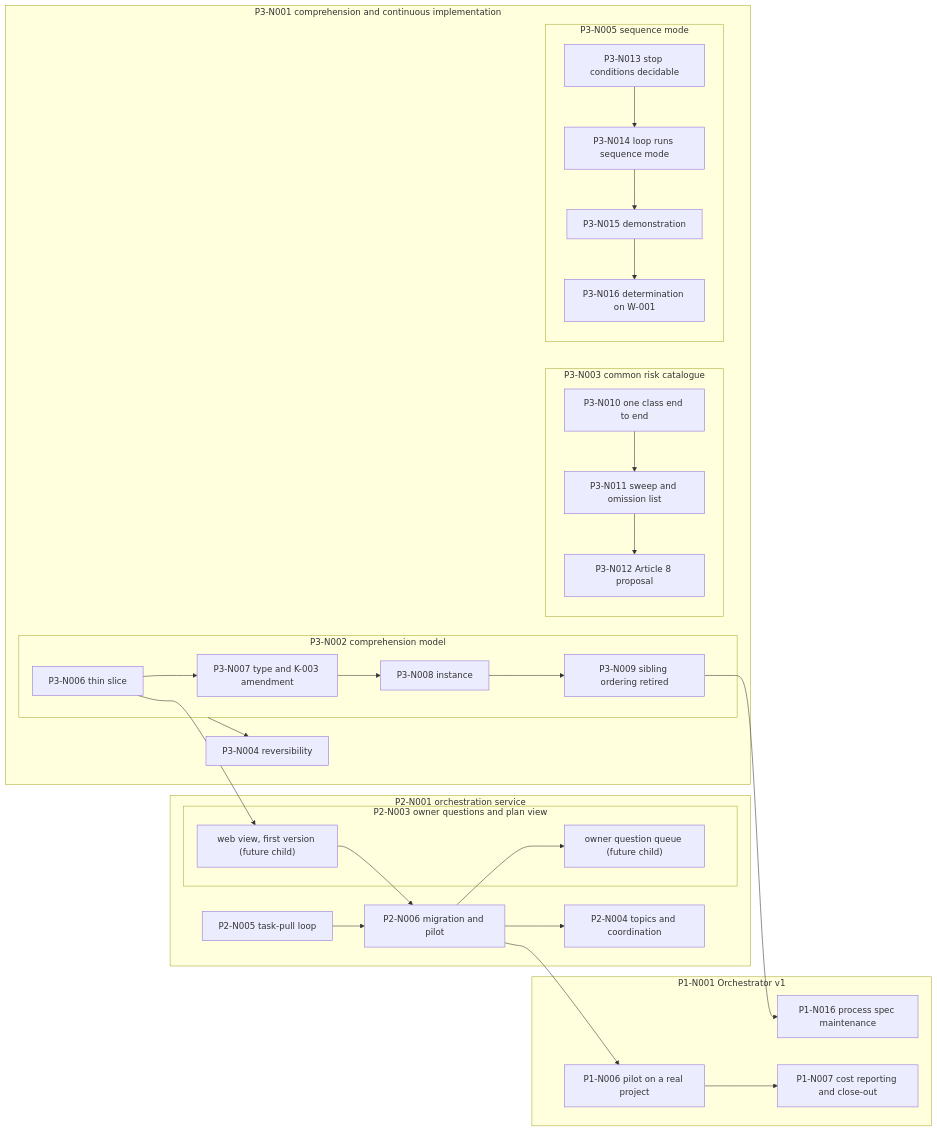
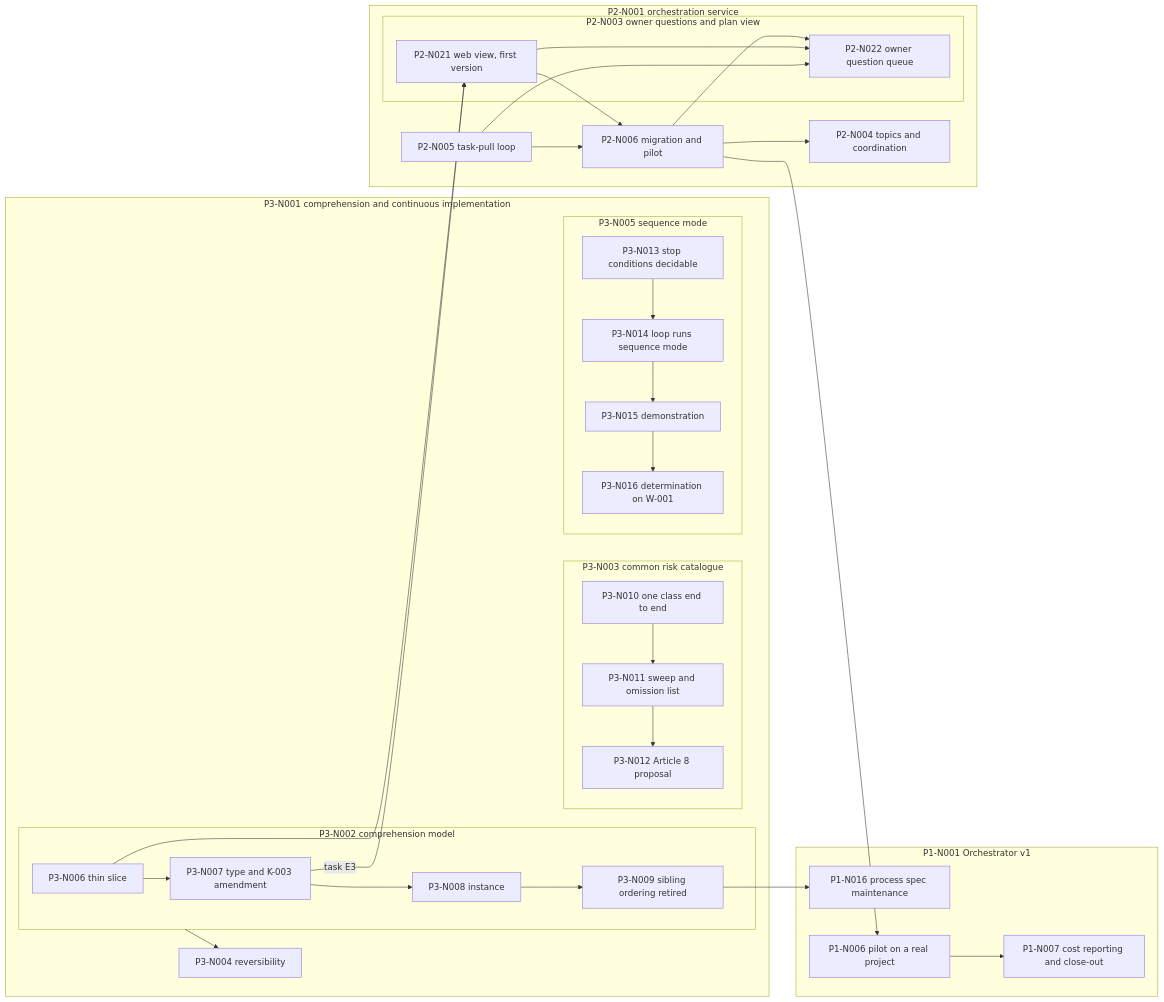
One commit to majodali/project-orchestrator changed the diagram in docs/plan.md. Above: the diagram before and after it, drawn with Mermaid. The commit also changed other lines of this file and 8 other files, not shown here.

````diff
--- a/docs/plan.md
+++ b/docs/plan.md
@@ -461,49 +477,52 @@
 ```mermaid
 graph LR
   subgraph P1N001["P1-N001 Orchestrator v1"]
     P1N016["P1-N016 process spec maintenance"]
     P1N006["P1-N006 pilot on a real project"]
     P1N007["P1-N007 cost reporting and close-out"]
   end
   subgraph P2N001["P2-N001 orchestration service"]
     subgraph P2N003["P2-N003 owner questions and plan view"]
-      P2N003V["web view, first version (future child)"]
-      P2N003Q["owner question queue (future child)"]
+      P2N021["P2-N021 web view, first version"]
+      P2N022["P2-N022 owner question queue"]
     end
     P2N004["P2-N004 topics and coordination"]
     P2N005["P2-N005 task-pull loop"]
     P2N006["P2-N006 migration and pilot"]
   end
   subgraph P3N001["P3-N001 comprehension and continuous implementation"]
     subgraph P3N002["P3-N002 comprehension model"]
       P3N006["P3-N006 thin slice"]
       P3N007["P3-N007 type and K-003 amendment"]
       P3N008["P3-N008 instance"]
       P3N009["P3-N009 sibling ordering retired"]
     end
     subgraph P3N003["P3-N003 common risk catalogue"]
       P3N010["P3-N010 one class end to end"]
       P3N011["P3-N011 sweep and omission list"]
       P3N012["P3-N012 Article 8 proposal"]
     end
     P3N004["P3-N004 reversibility"]
     subgraph P3N005["P3-N005 sequence mode"]
       P3N013["P3-N013 stop conditions decidable"]
       P3N014["P3-N014 loop runs sequence mode"]
       P3N015["P3-N015 demonstration"]
       P3N016["P3-N016 determination on W-001"]
     end
   end
   P3N006 --> P3N007 --> P3N008 --> P3N009
   P3N010 --> P3N011 --> P3N012
   P3N013 --> P3N014 --> P3N015 --> P3N016
   P3N002 --> P3N004
-  P3N006 --> P2N003V
-  P2N003V --> P2N006
-  P2N006 --> P2N003Q
+  P3N006 --> P2N021
+  P3N007 -->|task E3| P2N021
+  P2N021 --> P2N006
+  P2N006 --> P2N022
+  P2N021 --> P2N022
+  P2N005 --> P2N022
   P2N005 --> P2N006
   P2N006 --> P2N004
   P2N006 --> P1N006
   P1N006 --> P1N007
   P3N009 --> P1N016
 ```
````
